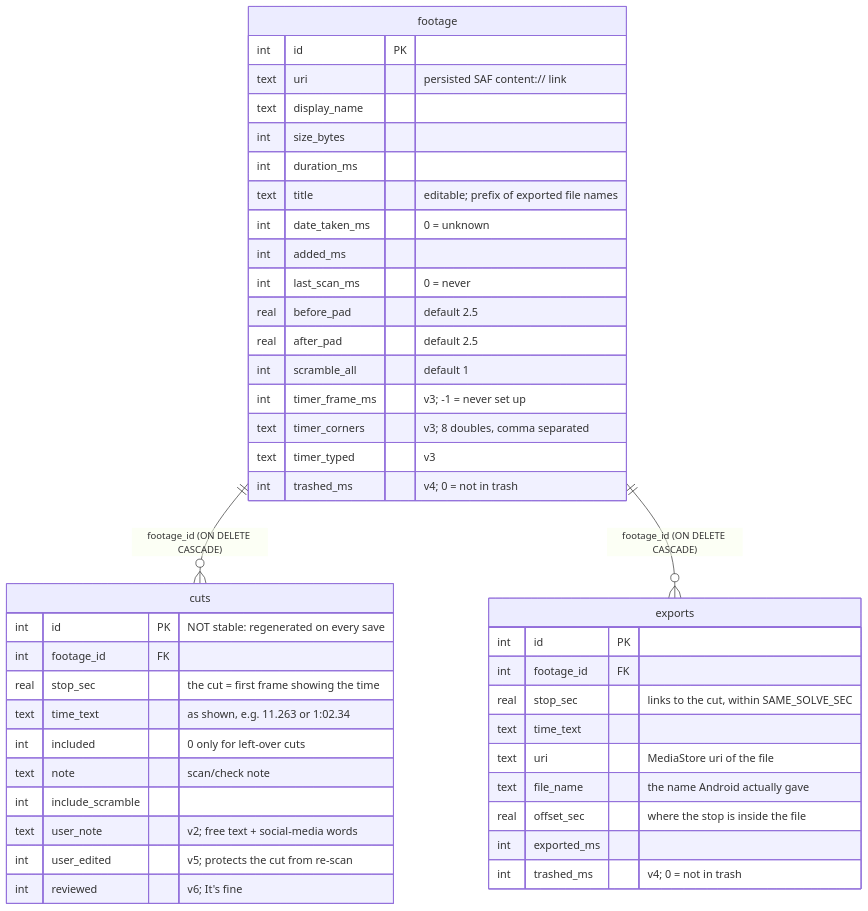
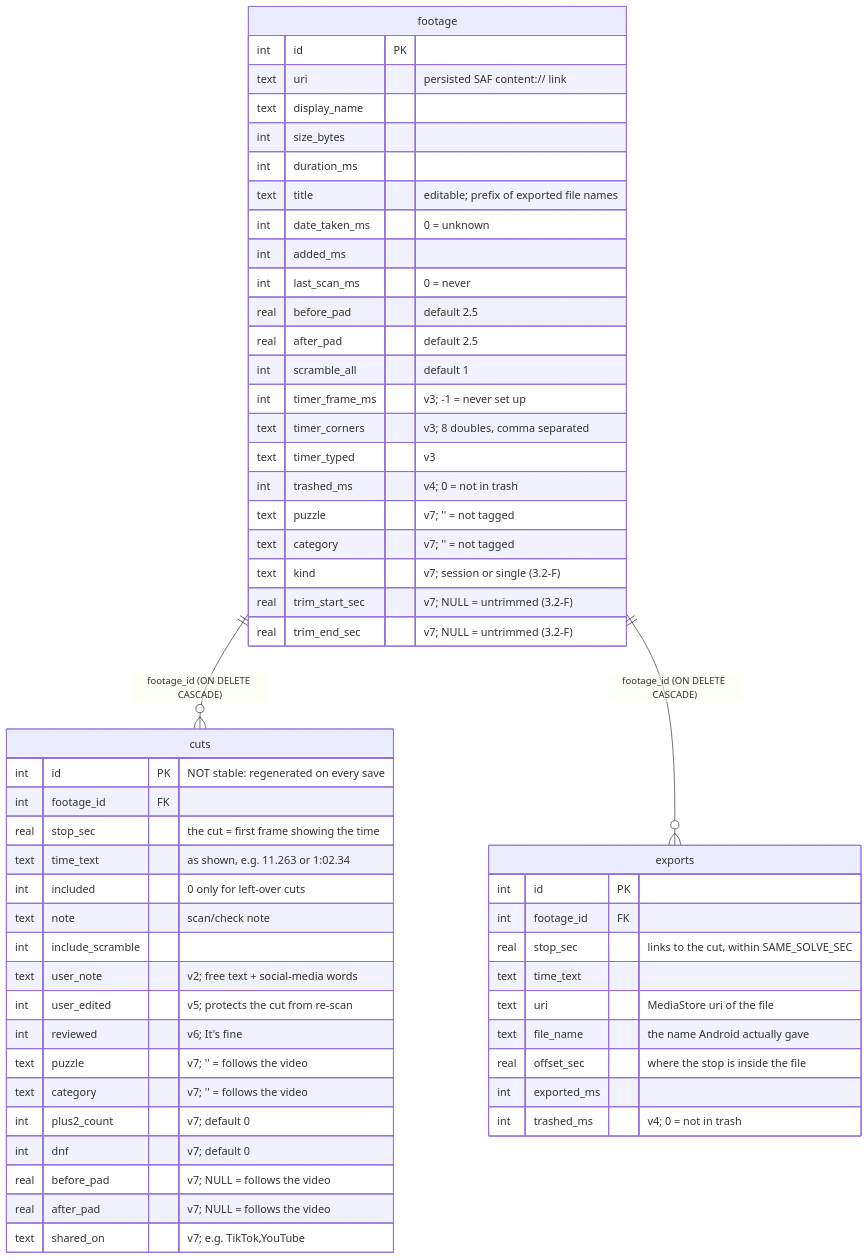
One commit to justinihil/CubeCut changed the diagram in docs/data-model.md. Above: the diagram before and after it, drawn with Mermaid. The commit also changed other lines of this file and 13 other files, not shown here.

````diff
--- a/docs/data-model.md
+++ b/docs/data-model.md
@@ -19,46 +19,58 @@
 ```mermaid
 erDiagram
   footage ||--o{ cuts : "footage_id (ON DELETE CASCADE)"
   footage ||--o{ exports : "footage_id (ON DELETE CASCADE)"
   footage {
     int id PK
     text uri "persisted SAF content:// link"
     text display_name
     int size_bytes
     int duration_ms
     text title "editable; prefix of exported file names"
     int date_taken_ms "0 = unknown"
     int added_ms
     int last_scan_ms "0 = never"
     real before_pad "default 2.5"
     real after_pad "default 2.5"
     int scramble_all "default 1"
     int timer_frame_ms "v3; -1 = never set up"
     text timer_corners "v3; 8 doubles, comma separated"
     text timer_typed "v3"
     int trashed_ms "v4; 0 = not in trash"
+    text puzzle "v7; '' = not tagged"
+    text category "v7; '' = not tagged"
+    text kind "v7; session or single (3.2-F)"
+    real trim_start_sec "v7; NULL = untrimmed (3.2-F)"
+    real trim_end_sec "v7; NULL = untrimmed (3.2-F)"
   }
   cuts {
     int id PK "NOT stable: regenerated on every save"
     int footage_id FK
     real stop_sec "the cut = first frame showing the time"
     text time_text "as shown, e.g. 11.263 or 1:02.34"
     int included "0 only for left-over cuts"
     text note "scan/check note"
     int include_scramble
     text user_note "v2; free text + social-media words"
     int user_edited "v5; protects the cut from re-scan"
     int reviewed "v6; It's fine"
+    text puzzle "v7; '' = follows the video"
+    text category "v7; '' = follows the video"
+    int plus2_count "v7; default 0"
+    int dnf "v7; default 0"
+    real before_pad "v7; NULL = follows the video"
+    real after_pad "v7; NULL = follows the video"
+    text shared_on "v7; e.g. TikTok,YouTube"
   }
   exports {
     int id PK
     int footage_id FK
     real stop_sec "links to the cut, within SAME_SOLVE_SEC"
     text time_text
     text uri "MediaStore uri of the file"
     text file_name "the name Android actually gave"
     real offset_sec "where the stop is inside the file"
     int exported_ms
     int trashed_ms "v4; 0 = not in trash"
   }
 ```
````
